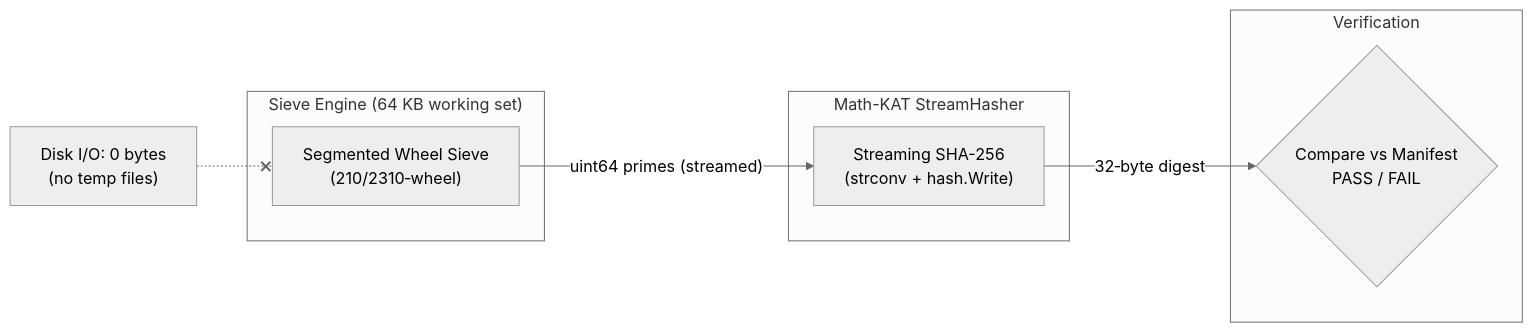
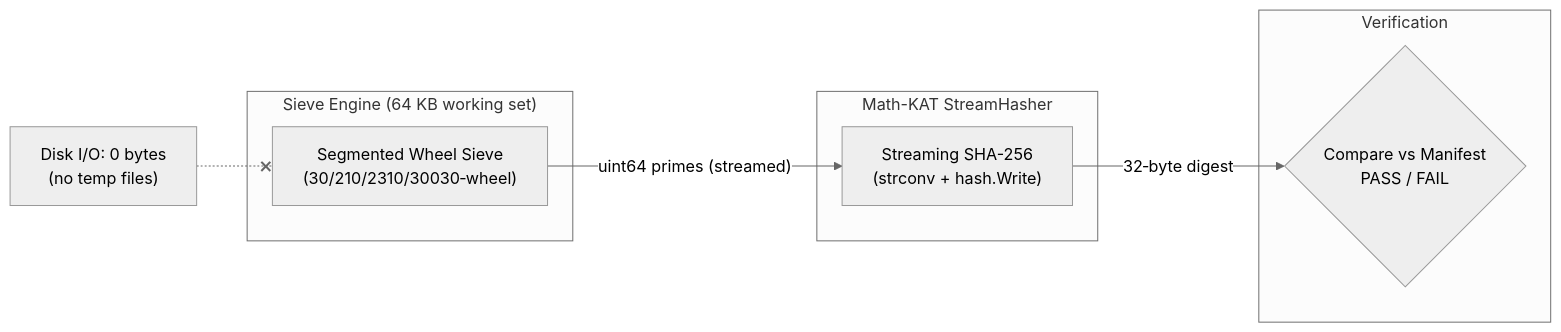
Before and after one commit to gilflorida2023/gofastsieve: the diagram in README.md, drawn with Mermaid (neutral theme). The commit also changed other lines of this file, not shown here.

Commit message:
README: update for wheel-30030, 3.58× parallel speedup, adaptive segSpanMul

````diff
--- a/README.md
+++ b/README.md
@@ -16,16 +16,16 @@
 ```mermaid
 flowchart LR
     subgraph Sieve["Sieve Engine (64 KB working set)"]
-        S["Segmented Wheel Sieve<br/>(210/2310‑wheel)"]
+        S["Segmented Wheel Sieve<br/>(30/210/2310/30030‑wheel)"]
     end
     subgraph Hasher["Math-KAT StreamHasher"]
         H["Streaming SHA-256<br/>(strconv + hash.Write)"]
     end
     subgraph Verify["Verification"]
         V{"Compare vs Manifest<br/>PASS / FAIL"}
     end
 
     S -- "uint64 primes (streamed)" --> H
     H -- "32‑byte digest" --> V
     Disk["Disk I/O: 0 bytes<br/>(no temp files)"] -.-x S
 ```
````
